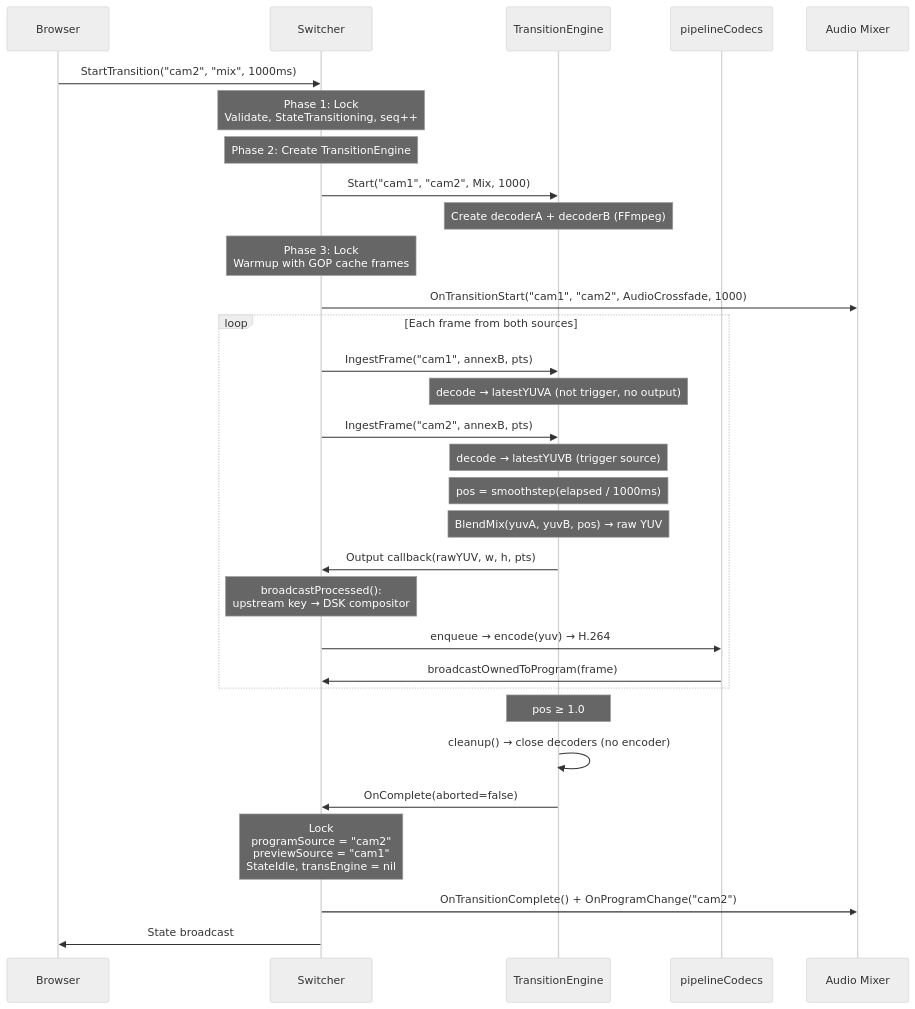
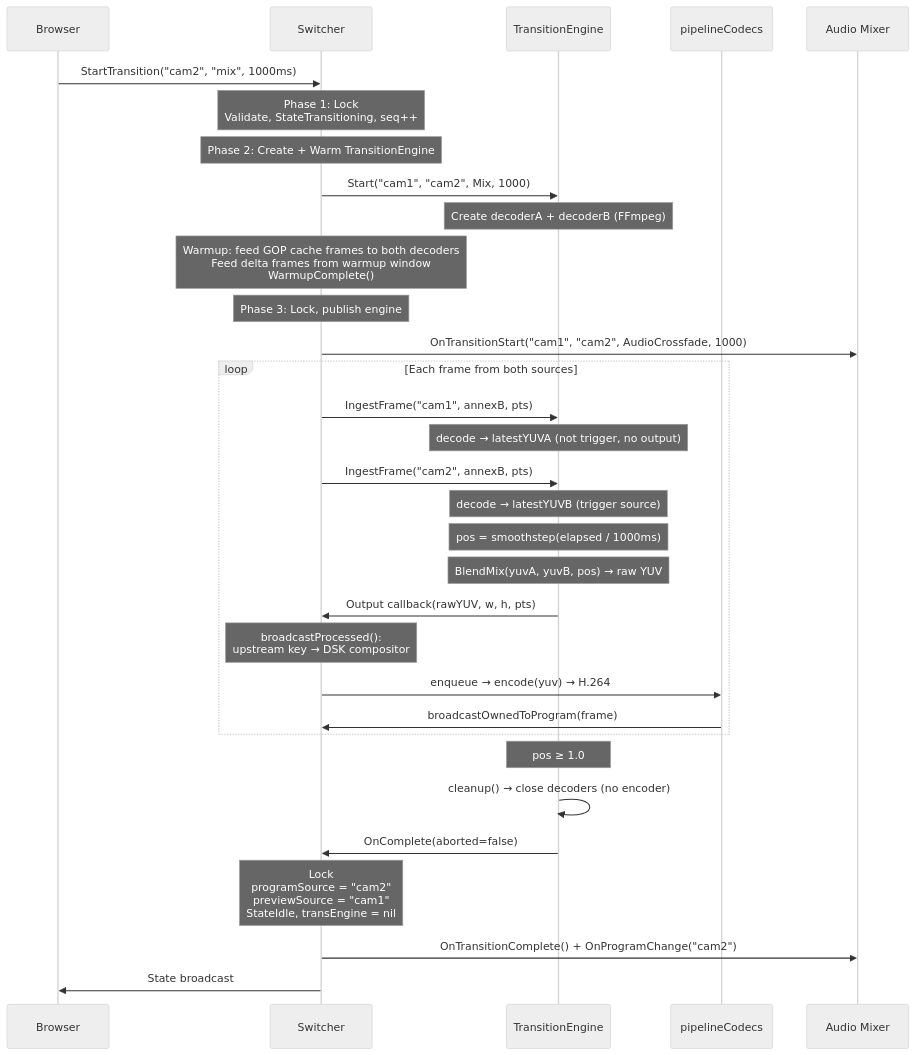
Before and after one commit to zsiec/switchframe: diagram 21 of 22 in docs/architecture.md, drawn with Mermaid (neutral theme). The commit also changed other lines of this file and 20 other files, not shown here.

````diff
--- a/docs/architecture.md
+++ b/docs/architecture.md
@@ -1142,41 +1146,42 @@
 ```mermaid
 sequenceDiagram
     participant Browser
     participant SW as Switcher
     participant TE as TransitionEngine
     participant PC as pipelineCodecs
     participant Mixer as Audio Mixer
 
     Browser->>SW: StartTransition("cam2", "mix", 1000ms)
 
     Note over SW: Phase 1: Lock<br/>Validate, StateTransitioning, seq++
 
-    Note over SW: Phase 2: Create TransitionEngine
+    Note over SW: Phase 2: Create + Warm TransitionEngine
     SW->>TE: Start("cam1", "cam2", Mix, 1000)
     Note over TE: Create decoderA + decoderB (FFmpeg)
+    Note over SW: Warmup: feed GOP cache frames to both decoders<br/>Feed delta frames from warmup window<br/>WarmupComplete()
 
-    Note over SW: Phase 3: Lock<br/>Warmup with GOP cache frames
+    Note over SW: Phase 3: Lock, publish engine
     SW->>Mixer: OnTransitionStart("cam1", "cam2", AudioCrossfade, 1000)
 
     loop Each frame from both sources
         SW->>TE: IngestFrame("cam1", annexB, pts)
         Note over TE: decode → latestYUVA (not trigger, no output)
 
         SW->>TE: IngestFrame("cam2", annexB, pts)
         Note over TE: decode → latestYUVB (trigger source)
         Note over TE: pos = smoothstep(elapsed / 1000ms)
         Note over TE: BlendMix(yuvA, yuvB, pos) → raw YUV
         TE->>SW: Output callback(rawYUV, w, h, pts)
         Note over SW: broadcastProcessed():<br/>upstream key → DSK compositor
         SW->>PC: enqueue → encode(yuv) → H.264
         PC->>SW: broadcastOwnedToProgram(frame)
     end
 
     Note over TE: pos ≥ 1.0
     TE->>TE: cleanup() → close decoders (no encoder)
     TE->>SW: OnComplete(aborted=false)
 
     Note over SW: Lock<br/>programSource = "cam2"<br/>previewSource = "cam1"<br/>StateIdle, transEngine = nil
     SW->>Mixer: OnTransitionComplete() + OnProgramChange("cam2")
     SW->>Browser: State broadcast
 ```
````
